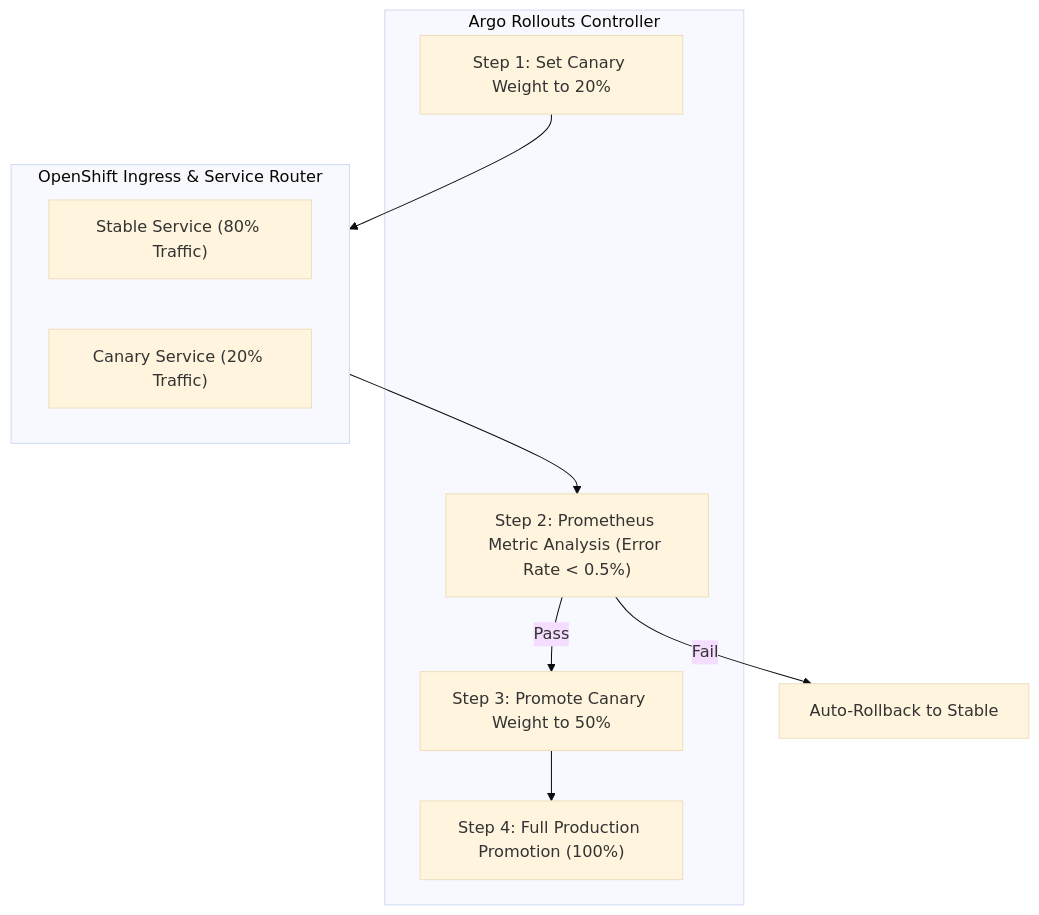
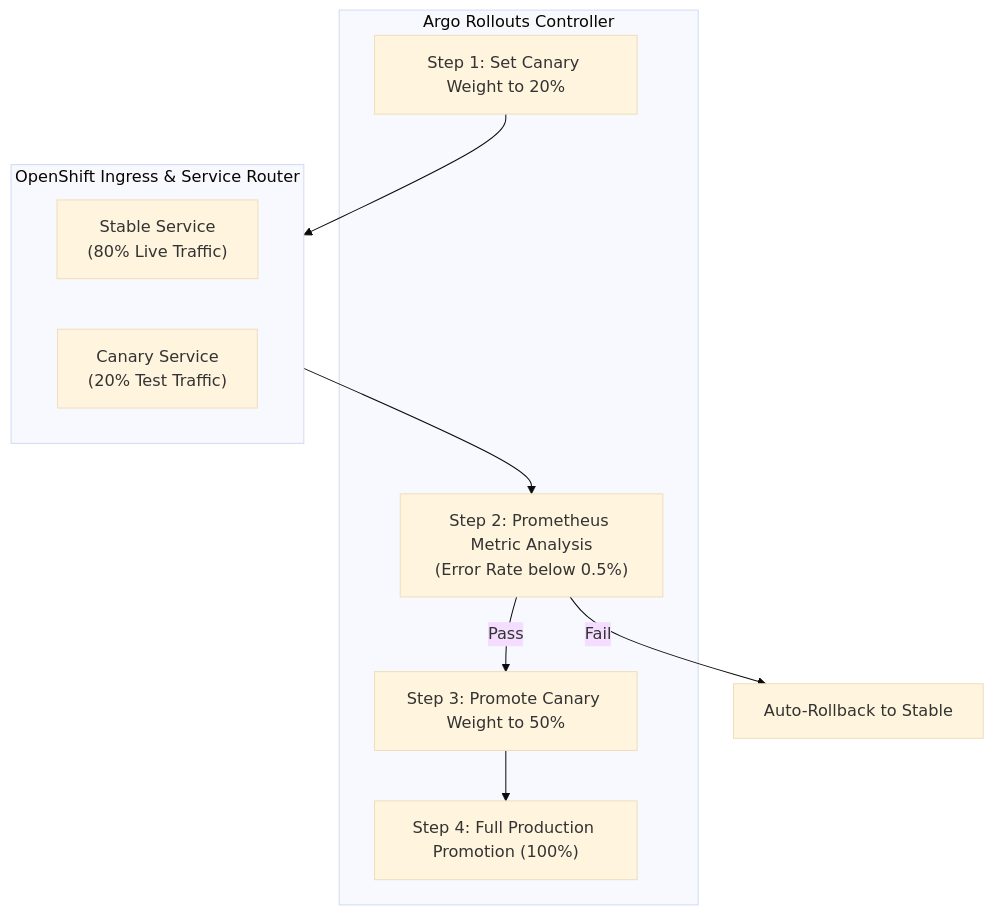
Before and after one commit to nubenetes/jenkins-without-git-parameter: the tenth of 11 diagrams in README.md, drawn with Mermaid (base theme). The commit also changed other lines of this file, not shown here.

Commit message:
docs: optimize Mermaid diagram text wrapping, line breaks, and labels to prevent text truncation

````diff
--- a/README.md
+++ b/README.md
@@ -645,20 +645,20 @@
 ```mermaid
 flowchart TB
     subgraph RolloutController["Argo Rollouts Controller"]
         Step1["Step 1: Set Canary Weight to 20%"]
-        Step2["Step 2: Prometheus Metric Analysis (Error Rate < 0.5%)"]
+        Step2["Step 2: Prometheus Metric Analysis<br/>(Error Rate below 0.5%)"]
         Step3["Step 3: Promote Canary Weight to 50%"]
         Step4["Step 4: Full Production Promotion (100%)"]
     end
 
     subgraph RoutingLayer["OpenShift Ingress & Service Router"]
-        StableService["Stable Service (80% Traffic)"]
-        CanaryService["Canary Service (20% Traffic)"]
+        StableService["Stable Service<br/>(80% Live Traffic)"]
+        CanaryService["Canary Service<br/>(20% Test Traffic)"]
     end
 
     Step1 --> RoutingLayer
     RoutingLayer --> Step2
     Step2 -->|Pass| Step3
     Step2 -->|Fail| Abort["Auto-Rollback to Stable"]
     Step3 --> Step4
 ```
````
